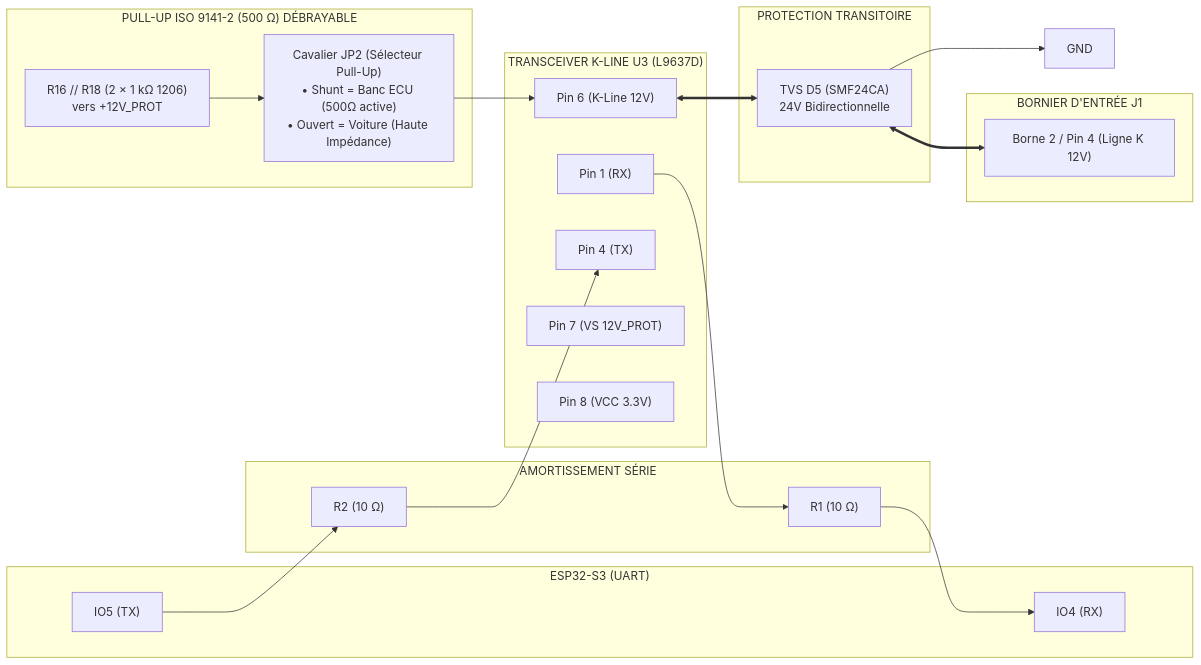
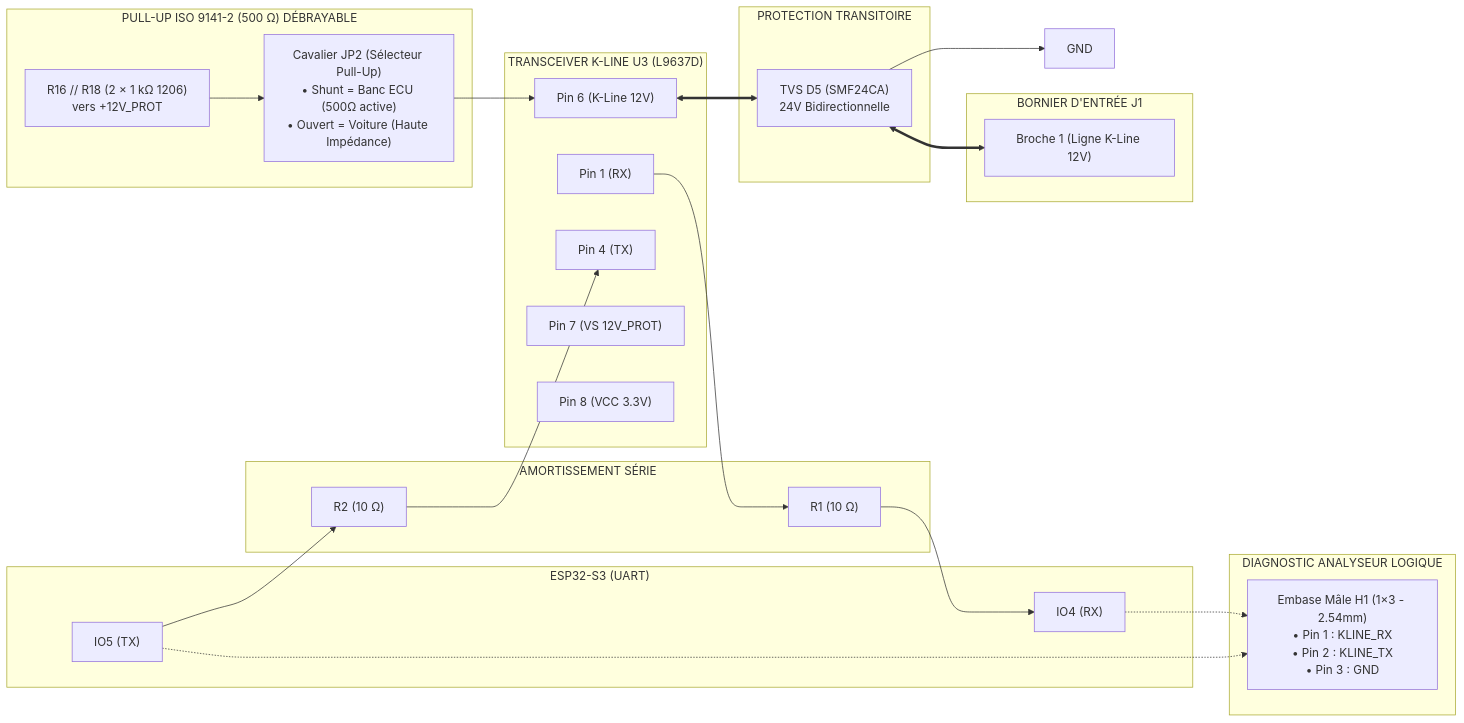
Before and after one commit to nitrogene/OBD2: the seventh of 9 diagrams in HARDWARE.md, drawn with Mermaid. The commit also changed other lines of this file and 12 other files, not shown here.

````diff
--- a/HARDWARE.md
+++ b/HARDWARE.md
@@ -354,51 +364,57 @@
 ```mermaid
 %%{init: {
   'themeVariables': {
     'fontFamily': 'Consolas, "Courier New", monospace',
     'fontSize': '12px'
   },
   'flowchart': {
     'curve': 'stepBefore',
     'nodeSpacing': 20,
     'rankSpacing': 30
   }
 }}%%
 flowchart LR
     subgraph MCU["ESP32-S3 (UART)"]
         MCU_TX["IO5 (TX)"]
         MCU_RX["IO4 (RX)"]
     end
 
     subgraph DAMPING["AMORTISSEMENT SÉRIE"]
         R2["R2 (10 Ω)"]
         R1["R1 (10 Ω)"]
     end
 
+    subgraph DIAG_K["DIAGNOSTIC ANALYSEUR LOGIQUE"]
+        H1["Embase Mâle H1 (1×3 - 2.54mm)\n• Pin 1 : KLINE_RX\n• Pin 2 : KLINE_TX\n• Pin 3 : GND"]
+    end
+
     subgraph K_IC["TRANSCEIVER K-LINE U3 (L9637D)"]
         K_TX["Pin 4 (TX)"]
         K_RX["Pin 1 (RX)"]
         K_PIN["Pin 6 (K-Line 12V)"]
         K_VS["Pin 7 (VS 12V_PROT)"]
         K_VCC["Pin 8 (VCC 3.3V)"]
     end
 
     subgraph PULLUP["PULL-UP ISO 9141-2 (500 Ω) DÉBRAYABLE"]
         R16_R18["R16 // R18 (2 × 1 kΩ 1206)\nvers +12V_PROT"]
         JP2_BOX["Cavalier JP2 (Sélecteur Pull-Up)\n• Shunt = Banc ECU (500Ω active)\n• Ouvert = Voiture (Haute Impédance)"]
     end
 
     subgraph PROT_K["PROTECTION TRANSITOIRE"]
         D5["TVS D5 (SMF24CA)\n24V Bidirectionnelle"]
     end
 
     subgraph BORNIER_CONN["BORNIER D'ENTRÉE J1"]
-        PIN4["Borne 2 / Pin 4 (Ligne K 12V)"]
+        PIN1_CONN["Broche 1 (Ligne K-Line 12V)"]
     end
 
     MCU_TX --> R2 --> K_TX
     K_RX --> R1 --> MCU_RX
+    MCU_RX -.-> H1
+    MCU_TX -.-> H1
     R16_R18 --> JP2_BOX --> K_PIN
     K_PIN <==> D5
     D5 --> GND_K["GND"]
-    D5 <==> PIN4
+    D5 <==> PIN1_CONN
 ```
````
